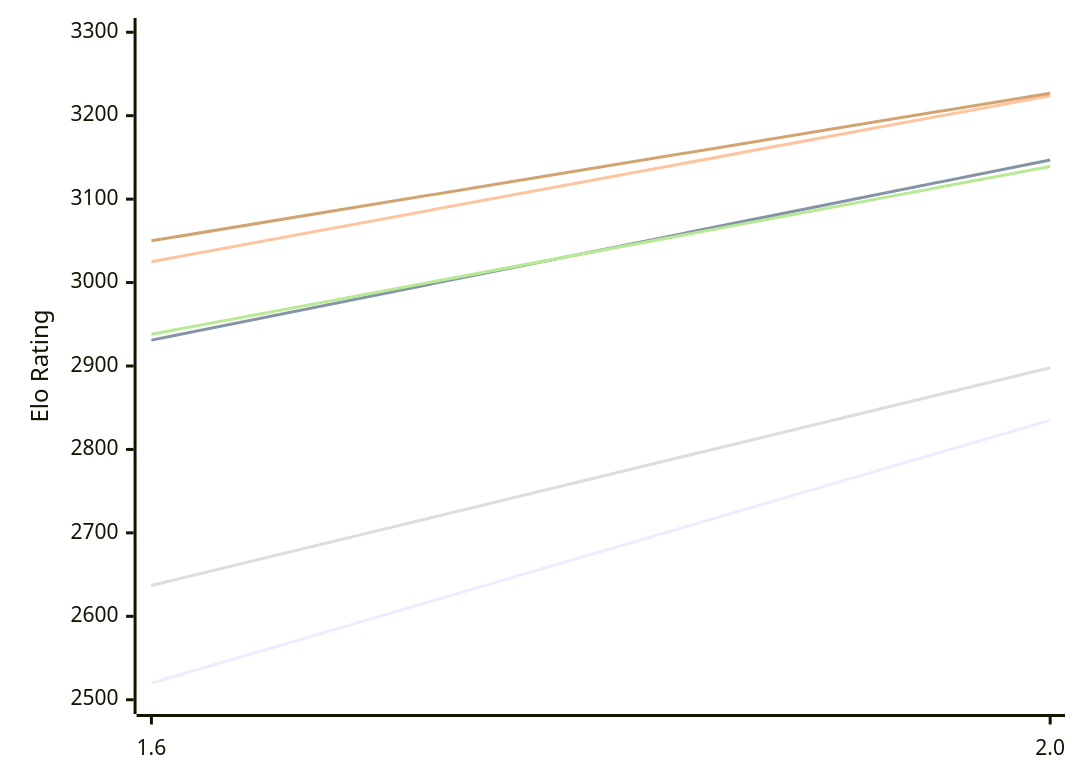
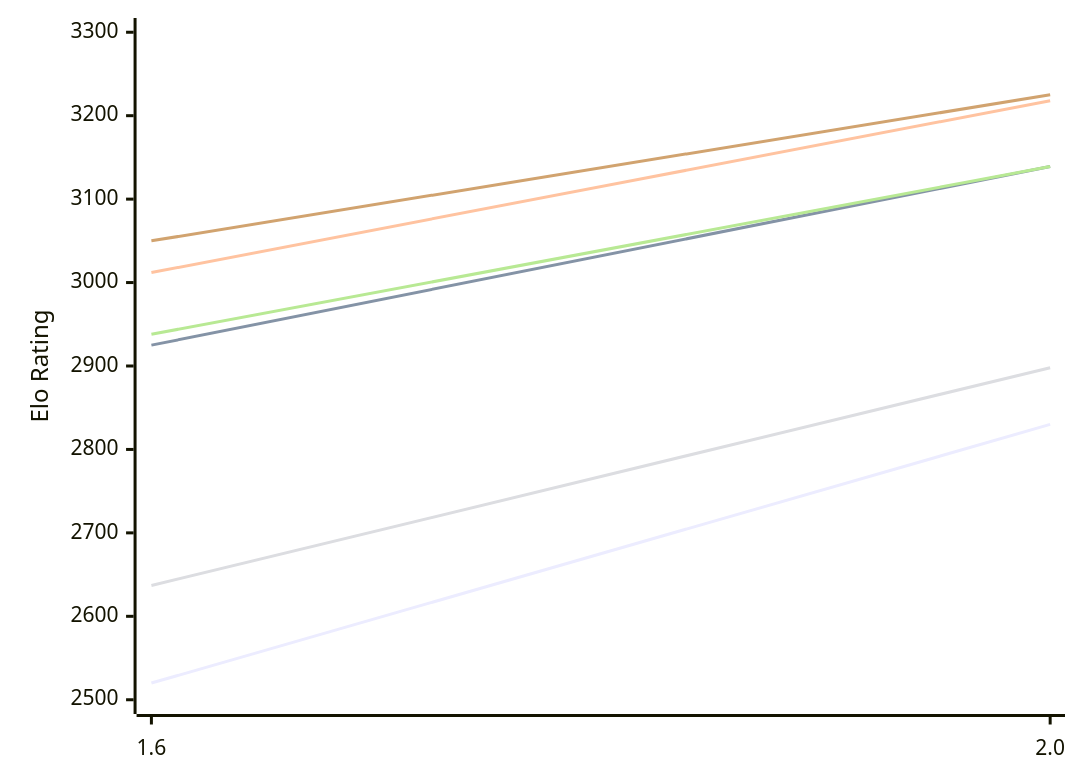
One commit to computer-chess-index/cci changed the first of 2 diagrams in engines/Onyx.md. Above: the diagram before and after it, drawn with Mermaid. The commit also changed other lines of this file, not shown here.

Commit message:
Update CCI Ratings (ELO VLTC) - 2026-11-26

````diff
--- a/engines/Onyx.md
+++ b/engines/Onyx.md
@@ -50,12 +50,12 @@
 ```mermaid
 %%{init: {"theme":"base","themeVariables":{"seriesColors:['#a3a3a3','#222221','#faa371']}}}%%
 xychart-beta
   x-axis ["1.6", "2.0"]
   y-axis "Elo Rating" 2500 --> 3300
-  line "E1: STC (8.0+0.08s)" [2520, 2835]
-  line "E1: LTC (60.0+0.60s)" [2931, 3147]
-  line "E1: VLTC (2m24s+1.12s)" [3025, 3224]
+  line "E1: STC (8.0+0.08s)" [2520, 2830]
+  line "E1: LTC (60.0+0.60s)" [2925, 3139]
+  line "E1: VLTC (2m24s+1.12s)" [3012, 3218]
   line "P1: STC (8.0+0.08s)" [2637, 2898]
   line "P1: LTC (60.0+0.60s)" [2938, 3139]
-  line "P1: VLTC (2m24s+1.12s)" [3050, 3227]
+  line "P1: VLTC (2m24s+1.12s)" [3050, 3225]
 ```
````
